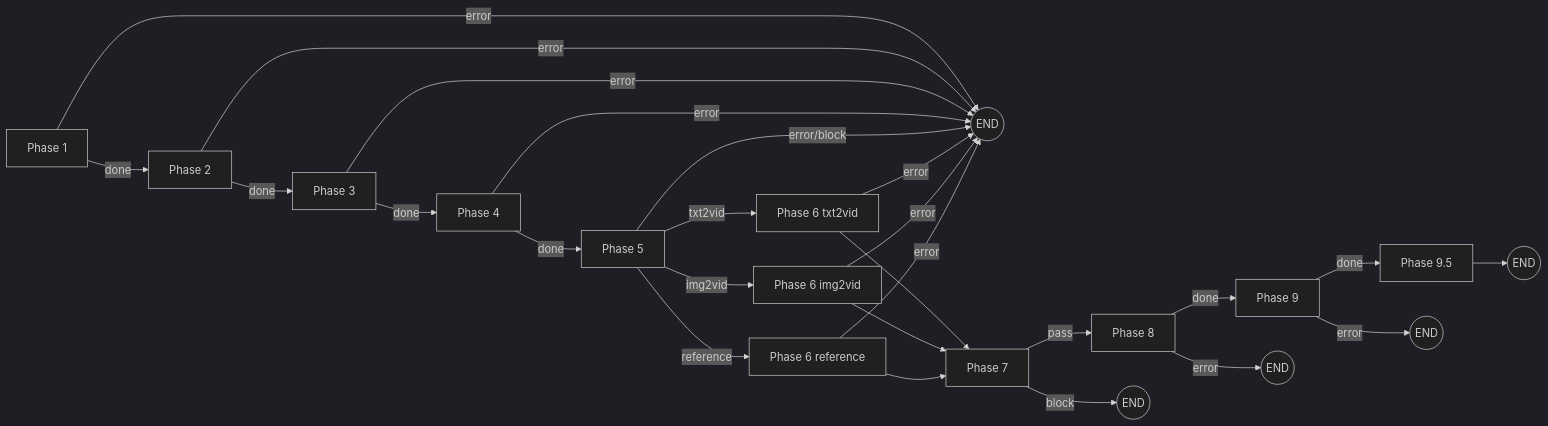
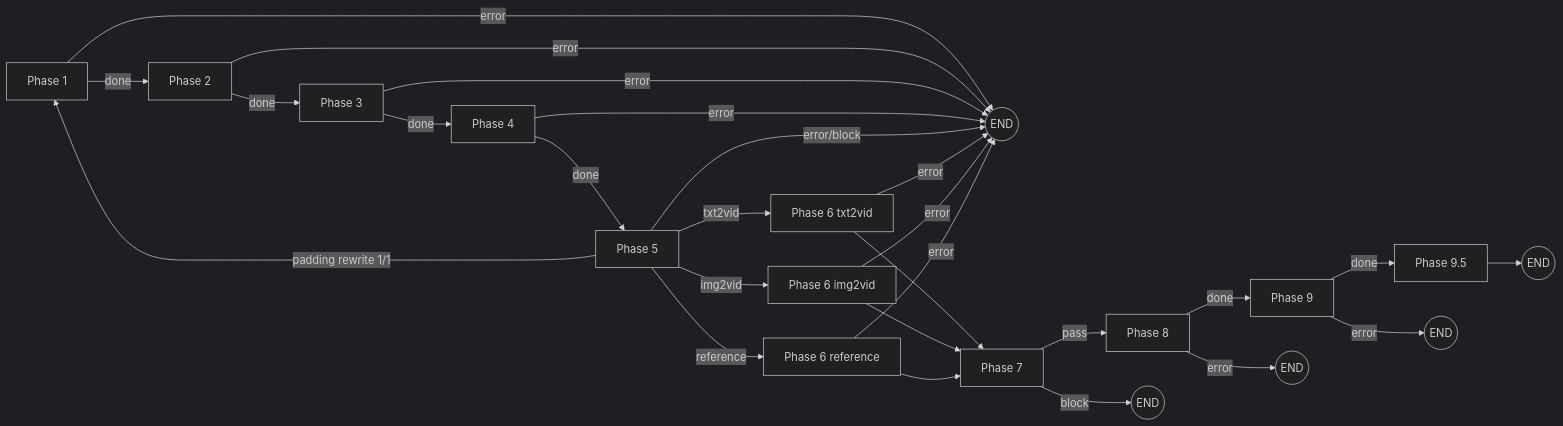
One commit to KuMaMon2019s/HonCutBag changed the second of 2 diagrams in docs/HONCUT_ARCHITECTURE.md. Above: the diagram before and after it, drawn with Mermaid (dark theme). The commit also changed other lines of this file and 17 other files, not shown here.

````diff
--- a/docs/HONCUT_ARCHITECTURE.md
+++ b/docs/HONCUT_ARCHITECTURE.md
@@ -85,25 +85,26 @@
 ```mermaid
 flowchart LR
     P1[Phase 1] -->|done| P2[Phase 2] -->|done| P3[Phase 3] -->|done| P4[Phase 4] -->|done| P5[Phase 5]
     P1 -->|error| ENDP((END))
     P2 -->|error| ENDP
     P3 -->|error| ENDP
     P4 -->|error| ENDP
     P5 -->|txt2vid| P6T[Phase 6 txt2vid]
     P5 -->|img2vid| P6I[Phase 6 img2vid]
     P5 -->|reference| P6R[Phase 6 reference]
+    P5 -->|padding rewrite 1/1| P1
     P5 -->|error/block| ENDP
     P6T --> P7[Phase 7]
     P6I --> P7
     P6R --> P7
     P6T -->|error| ENDP
     P6I -->|error| ENDP
     P6R -->|error| ENDP
     P7 -->|pass| P8[Phase 8]
     P7 -->|block| END1((END))
     P8 -->|done| P9[Phase 9]
     P8 -->|error| END2((END))
     P9 -->|done| P95[Phase 9.5]
     P9 -->|error| END3((END))
     P95 --> END4((END))
 ```
````
